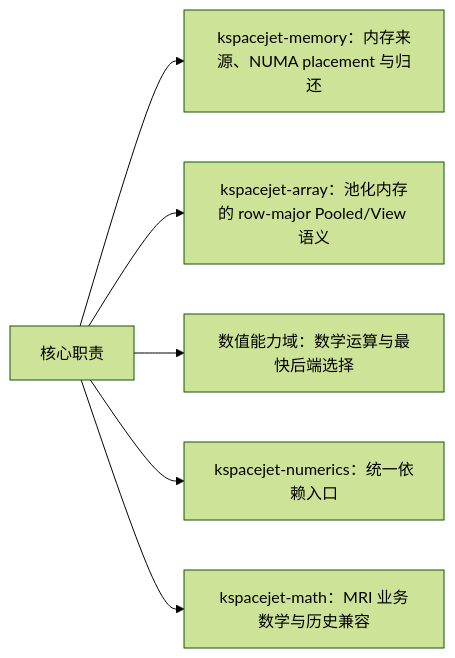
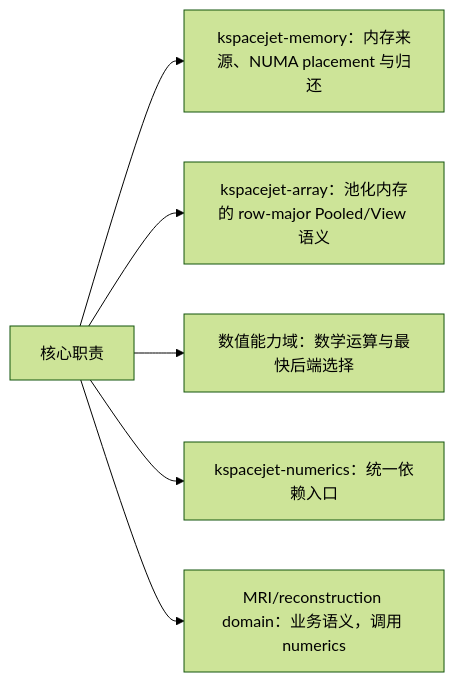
One commit to isqiwen/KSpaceJet changed the second of 9 diagrams in docs/kspacejet_memory_array_numerics_design.md. Above: the diagram before and after it, drawn with Mermaid (forest theme). The commit also changed other lines of this file and 95 other files, not shown here.

````diff
--- a/docs/kspacejet_memory_array_numerics_design.md
+++ b/docs/kspacejet_memory_array_numerics_design.md
@@ -20,9 +20,9 @@
 ```mermaid
 flowchart LR
     responsibility["核心职责"]
     responsibility --> memoryRole["kspacejet-memory：内存来源、NUMA placement 与归还"]
     responsibility --> arrayRole["kspacejet-array：池化内存的 row-major Pooled/View 语义"]
     responsibility --> domainRole["数值能力域：数学运算与最快后端选择"]
     responsibility --> numericsRole["kspacejet-numerics：统一依赖入口"]
-    responsibility --> mriMathRole["kspacejet-math：MRI 业务数学与历史兼容"]
+    responsibility --> mriDomainRole["MRI/reconstruction domain：业务语义，调用 numerics"]
 ```
````
